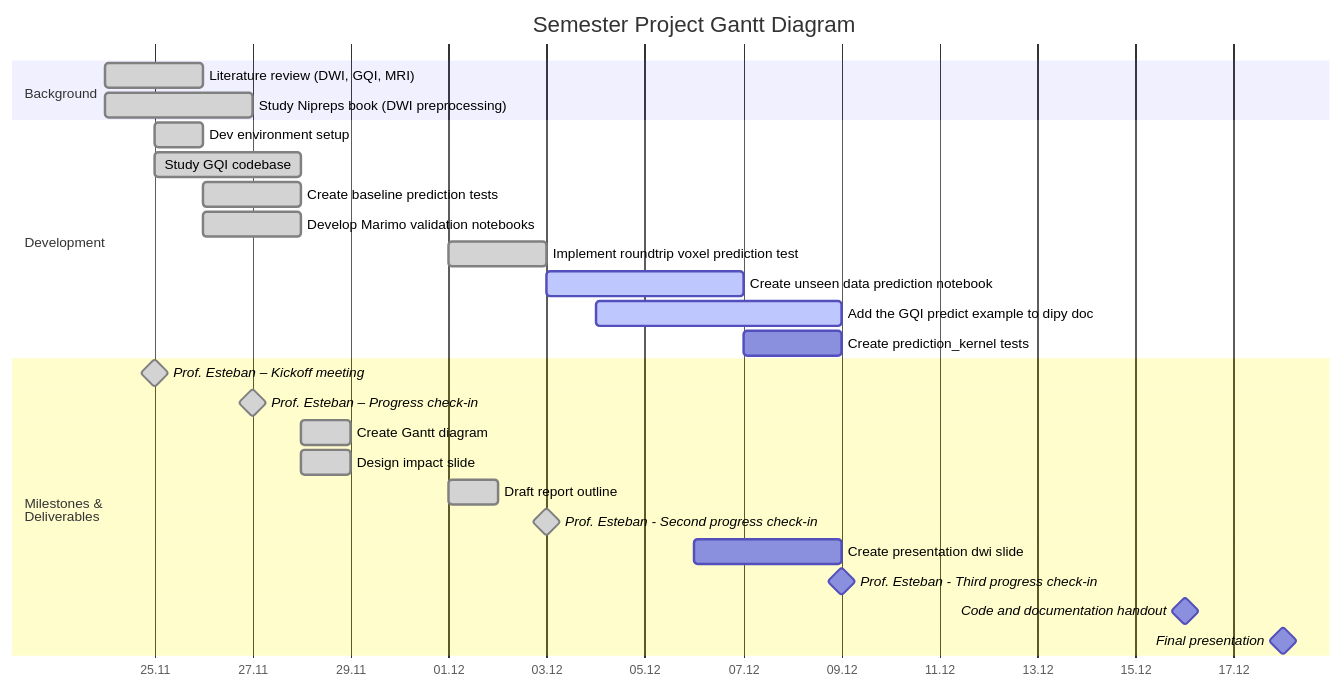
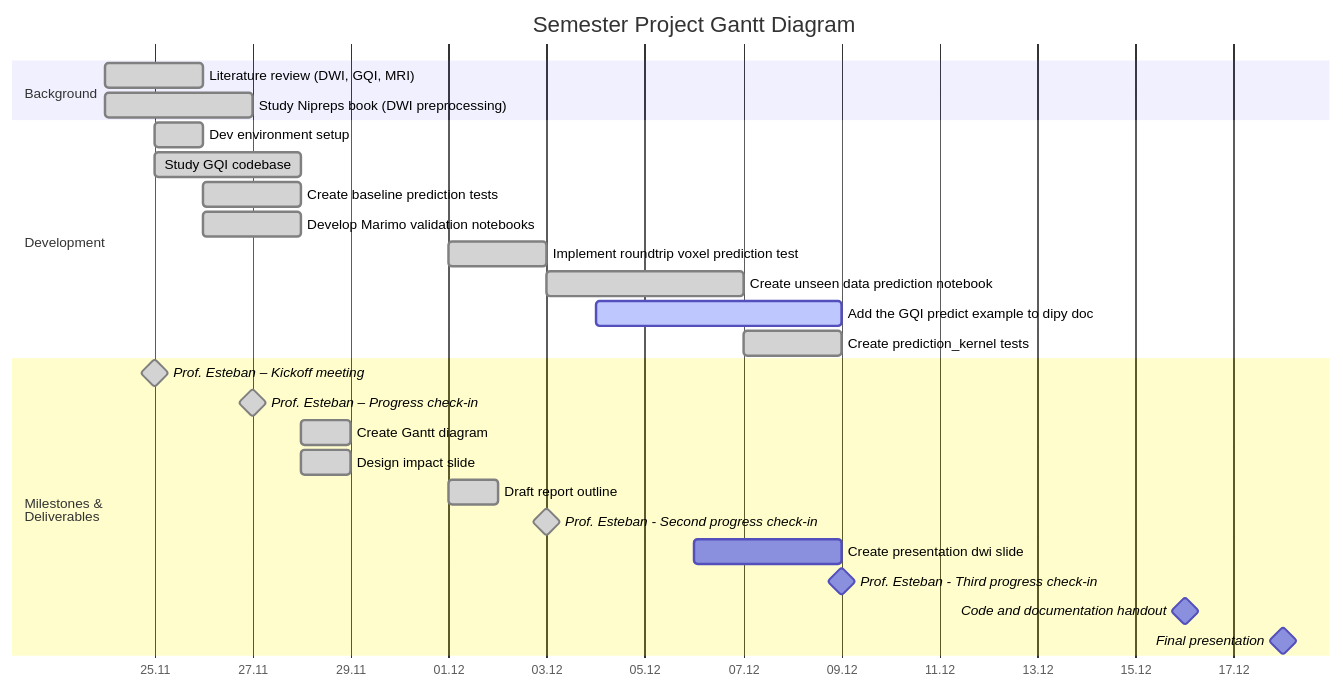
The diagram in src/index.qmd (MadeInShineA/303.1-semester-project), drawn with Mermaid before and after one commit. The commit also changed 10 other files, not shown here.

````diff
--- a/src/index.qmd
+++ b/src/index.qmd
@@ -20,37 +20,37 @@
 ```{mermaid}
 gantt
 
     title Semester Project Gantt Diagram
     dateFormat DD.MM.YYYY
     axisFormat %d.%m
 
     section Background
         Literature review (DWI, GQI, MRI)       :done,         research,       24.11.2025, 2d
         Study Nipreps book (DWI preprocessing)  :done,         nipreps,        24.11.2025, 3d
 
     section Development
         Dev environment setup                   :done,         devenv,         25.11.2025, 1d
         Study GQI codebase                      :done,         codebase,       25.11.2025, 3d
         Create baseline prediction tests        :done,         simple_tests,   26.11.2025, 2d
         Develop Marimo validation notebooks     :done,         notebooks,      26.11.2025, 2d
         Implement roundtrip voxel prediction test :done,       cross_tests,    01.12.2025, 2d
-        Create unseen data prediction notebook  :active,       unseen_data,    03.12.2025, 4d
+        Create unseen data prediction notebook  :done,       unseen_data,    03.12.2025, 4d
         Add the GQI predict example to dipy doc :active,       predict_example,04.12.2025, 09.12.2025
-        Create prediction_kernel tests          :              prediction_kernel ,07.12.2025, 2d
+        Create prediction_kernel tests          :done,              prediction_kernel ,07.12.2025, 2d
 
       
         
 
     section Milestones & <br>Deliverables
         Prof. Esteban – Kickoff meeting         :done,         milestone,      25.11.2025, 0d
         Prof. Esteban – Progress check-in       :done,         milestone,      27.11.2025, 0d
         Create Gantt diagram                    :done,         gantt,          28.11.2025, 1d
         Design impact slide                     :done,         impact,         28.11.2025, 1d
         Draft report outline                    :done,         r_draft,        01.12.2025, 1d
         Prof. Esteban - Second progress check-in:done,         milestone,      03.12.2025, 0d
         Create presentation dwi slide           :              p_draft,        06.12.2025, 09.12.2025 
         Prof. Esteban - Third progress check-in :              milestone,      09.12.2025, 0d
         Code and documentation handout          :              milestone,      16.12.2025, 0d
         Final presentation                      :              milestone,      18.12.2025, 0d
         
 ```
````
